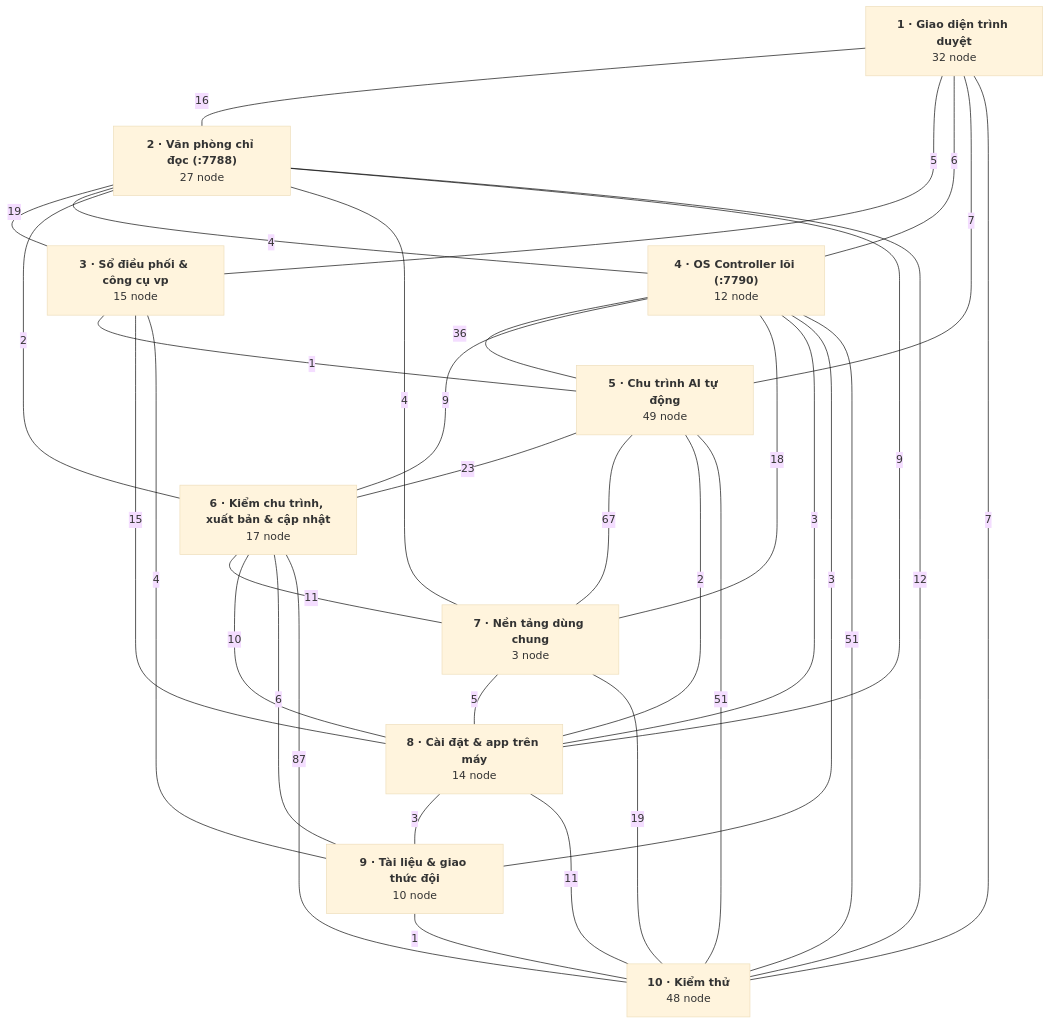
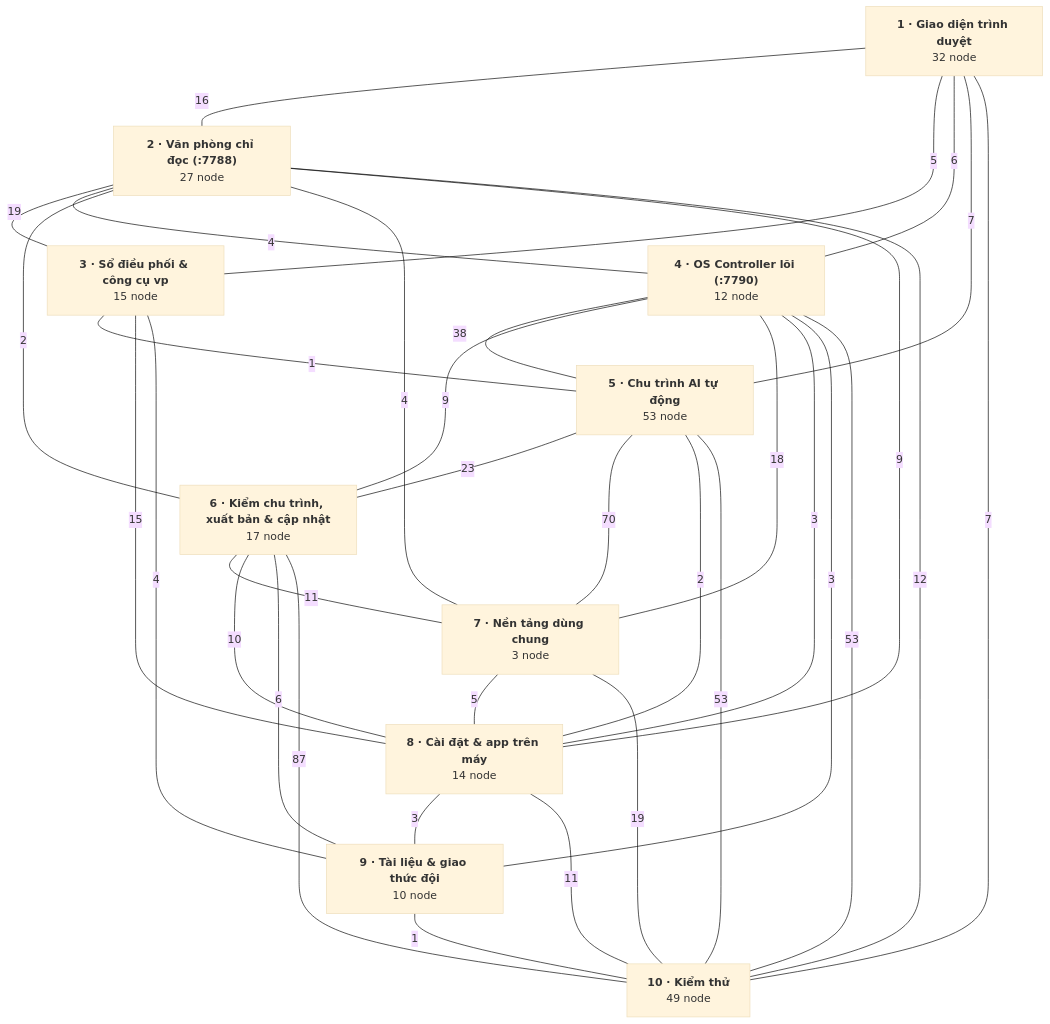
One commit to Thequancute215-sys/V-n-ph-ng-ch-nh-ph- changed diagram 11 of 11 in docs/BAN-DO-HE-THONG.md. Above: the diagram before and after it, drawn with Mermaid (base theme). The commit also changed other lines of this file and 6 other files, not shown here.

````diff
--- a/docs/BAN-DO-HE-THONG.md
+++ b/docs/BAN-DO-HE-THONG.md
@@ -1659,46 +1692,46 @@
 ```mermaid
 flowchart TD
   layer_01_giao_dien["<b>1 · Giao diện trình duyệt</b><br/>32 node"]
   layer_02_van_phong["<b>2 · Văn phòng chỉ đọc (:7788)</b><br/>27 node"]
   layer_03_so_dieu_phoi["<b>3 · Sổ điều phối & công cụ vp</b><br/>15 node"]
   layer_04_os_controller["<b>4 · OS Controller lõi (:7790)</b><br/>12 node"]
-  layer_05_chu_trinh_ai["<b>5 · Chu trình AI tự động</b><br/>49 node"]
+  layer_05_chu_trinh_ai["<b>5 · Chu trình AI tự động</b><br/>53 node"]
   layer_06_chat_luong_phat_hanh["<b>6 · Kiểm chu trình, xuất bản & cập nhật</b><br/>17 node"]
   layer_07_nen_tang["<b>7 · Nền tảng dùng chung</b><br/>3 node"]
   layer_08_cai_dat_app["<b>8 · Cài đặt & app trên máy</b><br/>14 node"]
   layer_09_tai_lieu["<b>9 · Tài liệu & giao thức đội</b><br/>10 node"]
-  layer_10_kiem_thu["<b>10 · Kiểm thử</b><br/>48 node"]
+  layer_10_kiem_thu["<b>10 · Kiểm thử</b><br/>49 node"]
   layer_01_giao_dien ---|16| layer_02_van_phong
   layer_01_giao_dien ---|5| layer_03_so_dieu_phoi
   layer_01_giao_dien ---|6| layer_04_os_controller
   layer_01_giao_dien ---|7| layer_05_chu_trinh_ai
   layer_01_giao_dien ---|7| layer_10_kiem_thu
   layer_02_van_phong ---|19| layer_03_so_dieu_phoi
   layer_02_van_phong ---|4| layer_04_os_controller
   layer_02_van_phong ---|2| layer_06_chat_luong_phat_hanh
   layer_02_van_phong ---|4| layer_07_nen_tang
   layer_02_van_phong ---|9| layer_08_cai_dat_app
   layer_02_van_phong ---|12| layer_10_kiem_thu
   layer_03_so_dieu_phoi ---|1| layer_05_chu_trinh_ai
   layer_03_so_dieu_phoi ---|15| layer_08_cai_dat_app
   layer_03_so_dieu_phoi ---|4| layer_09_tai_lieu
-  layer_04_os_controller ---|36| layer_05_chu_trinh_ai
+  layer_04_os_controller ---|38| layer_05_chu_trinh_ai
   layer_04_os_controller ---|9| layer_06_chat_luong_phat_hanh
   layer_04_os_controller ---|18| layer_07_nen_tang
   layer_04_os_controller ---|3| layer_08_cai_dat_app
   layer_04_os_controller ---|3| layer_09_tai_lieu
-  layer_04_os_controller ---|51| layer_10_kiem_thu
+  layer_04_os_controller ---|53| layer_10_kiem_thu
   layer_05_chu_trinh_ai ---|23| layer_06_chat_luong_phat_hanh
-  layer_05_chu_trinh_ai ---|67| layer_07_nen_tang
+  layer_05_chu_trinh_ai ---|70| layer_07_nen_tang
   layer_05_chu_trinh_ai ---|2| layer_08_cai_dat_app
-  layer_05_chu_trinh_ai ---|51| layer_10_kiem_thu
+  layer_05_chu_trinh_ai ---|53| layer_10_kiem_thu
   layer_06_chat_luong_phat_hanh ---|11| layer_07_nen_tang
   layer_06_chat_luong_phat_hanh ---|10| layer_08_cai_dat_app
   layer_06_chat_luong_phat_hanh ---|6| layer_09_tai_lieu
   layer_06_chat_luong_phat_hanh ---|87| layer_10_kiem_thu
   layer_07_nen_tang ---|5| layer_08_cai_dat_app
   layer_07_nen_tang ---|19| layer_10_kiem_thu
   layer_08_cai_dat_app ---|3| layer_09_tai_lieu
   layer_08_cai_dat_app ---|11| layer_10_kiem_thu
   layer_09_tai_lieu ---|1| layer_10_kiem_thu
 ```
````
